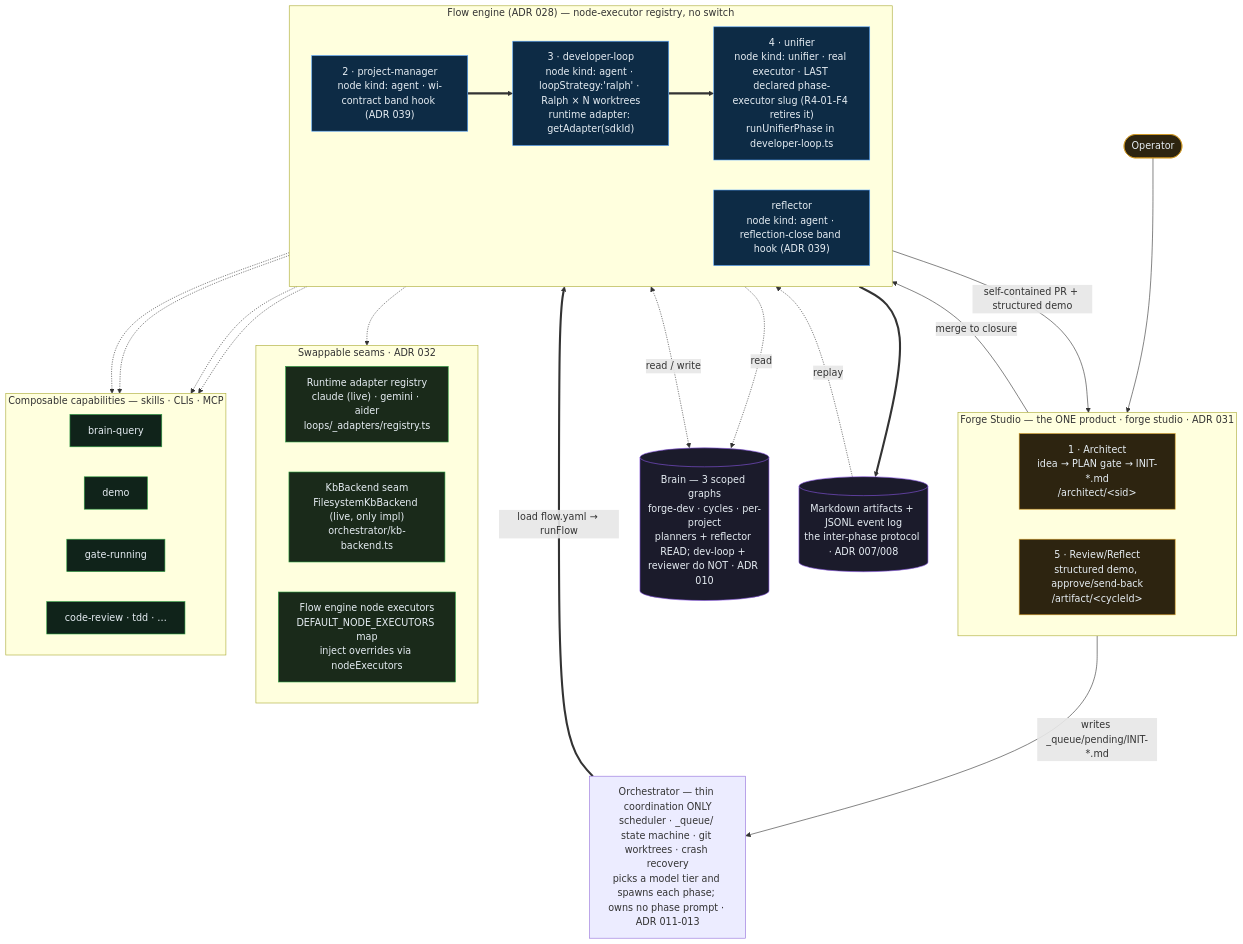
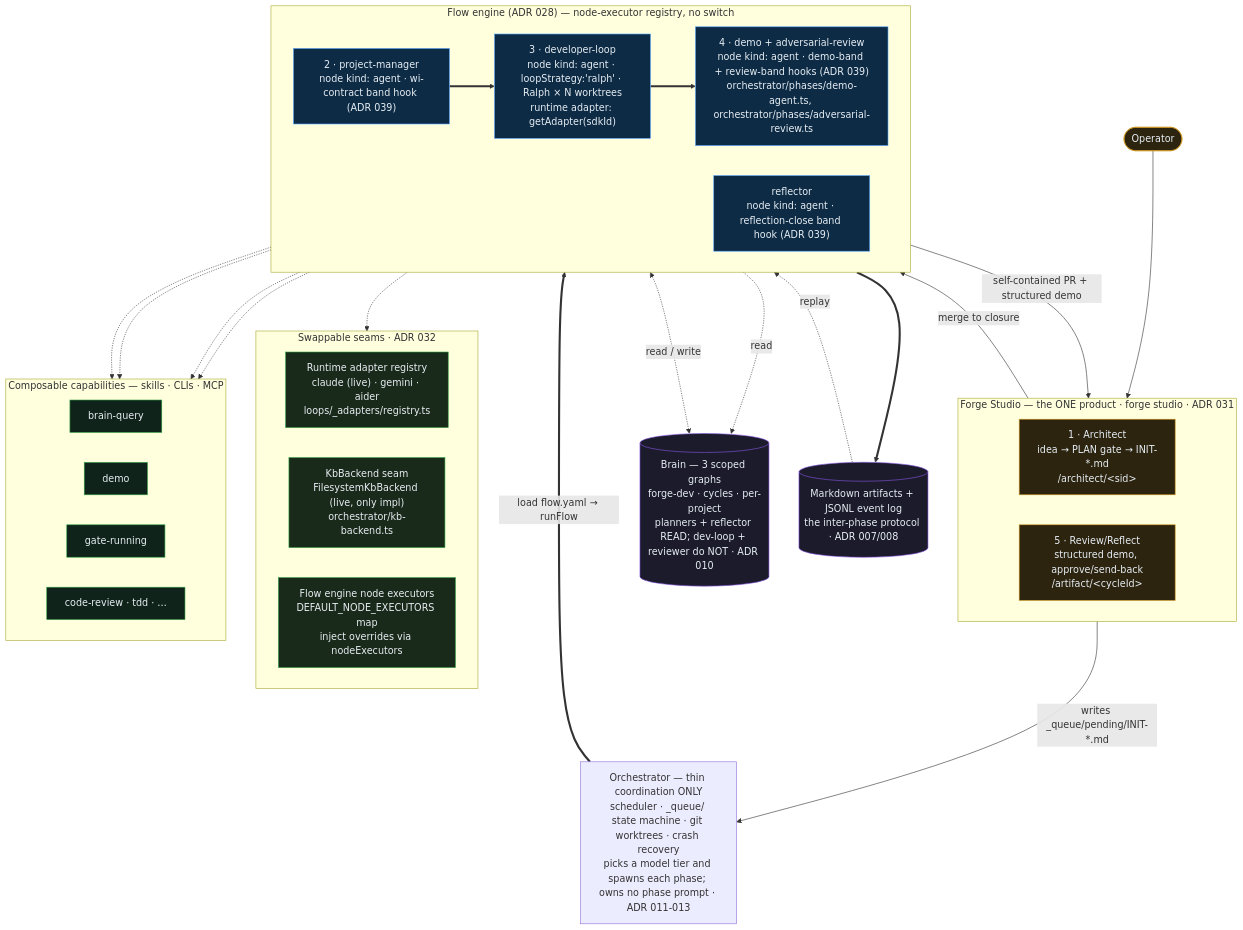
One commit to parsoFish/forge-studio changed the diagram in ARCHITECTURE.md. Above: the diagram before and after it, drawn with Mermaid. The commit also changed other lines of this file and 9 other files, not shown here.

````diff
--- a/ARCHITECTURE.md
+++ b/ARCHITECTURE.md
@@ -54,65 +53,65 @@
 ```mermaid
 flowchart TB
     OP(["Operator"])
 
     subgraph STUDIO["Forge Studio — the ONE product · forge studio · ADR 031"]
         direction LR
         AR["1 · Architect<br/>idea → PLAN gate → INIT-*.md<br/>/architect/&lt;sid&gt;"]
         RV["5 · Review/Reflect<br/>structured demo, approve/send-back<br/>/artifact/&lt;cycleId&gt;"]
     end
 
     ORCH["Orchestrator — thin coordination ONLY<br/>scheduler · _queue/ state machine · git worktrees · crash recovery<br/>picks a model tier and spawns each phase; owns no phase prompt · ADR 011-013"]
 
     subgraph ENGINE["Flow engine (ADR 028) — node-executor registry, no switch"]
         direction LR
         PM["2 · project-manager<br/>node kind: agent · wi-contract band hook (ADR 039)"]
         DV["3 · developer-loop<br/>node kind: agent · loopStrategy:'ralph' · Ralph × N worktrees<br/>runtime adapter: getAdapter(sdkId)"]
-        UN["4 · unifier<br/>node kind: unifier · real executor · LAST declared phase-executor slug (R4-01-F4 retires it)<br/>runUnifierPhase in developer-loop.ts"]
+        UN["4 · demo + adversarial-review<br/>node kind: agent · demo-band + review-band hooks (ADR 039)<br/>orchestrator/phases/demo-agent.ts, orchestrator/phases/adversarial-review.ts"]
         RFL["reflector<br/>node kind: agent · reflection-close band hook (ADR 039)"]
     end
 
     subgraph SEAMS["Swappable seams · ADR 032"]
         direction LR
         RA["Runtime adapter registry<br/>claude (live) · gemini · aider<br/>loops/_adapters/registry.ts"]
         KB["KbBackend seam<br/>FilesystemKbBackend (live, only impl)<br/>orchestrator/kb-backend.ts"]
         FE["Flow engine node executors<br/>DEFAULT_NODE_EXECUTORS map<br/>inject overrides via nodeExecutors"]
     end
 
     subgraph CAP["Composable capabilities — skills · CLIs · MCP"]
         direction LR
         C1["brain-query"]
         C2["demo"]
         C3["gate-running"]
         C4["code-review · tdd · …"]
     end
 
     BRAIN[("Brain — 3 scoped graphs<br/>forge-dev · cycles · per-project<br/>planners + reflector READ; dev-loop + reviewer do NOT · ADR 010")]
     LOG[("Markdown artifacts + JSONL event log<br/>the inter-phase protocol · ADR 007/008")]
 
     OP --> STUDIO
     AR -->|"writes _queue/pending/INIT-*.md"| ORCH
     ORCH ==>|"load flow.yaml → runFlow"| PM
     PM ==> DV ==> UN
     UN -->|"self-contained PR + structured demo"| RV
     RV -->|"merge to closure"| RFL
     ENGINE -.-> SEAMS
     PM -.-> CAP
     DV -.-> CAP
     UN -.-> CAP
     RFL -.-> CAP
     PM -.->|read| BRAIN
     RFL <-.->|read / write| BRAIN
     ENGINE ==> LOG
     LOG -.->|replay| RFL
 
     classDef agent fill:#0d2b45,stroke:#58a6ff,color:#e6edf3;
     classDef seam fill:#1a2a1a,stroke:#2ea043,color:#e6edf3;
     classDef cap fill:#10231a,stroke:#2ea043,color:#e6edf3;
     classDef store fill:#1b1b2b,stroke:#8957e5,color:#e6edf3;
     classDef human fill:#2d2410,stroke:#d29922,color:#e6edf3;
     class PM,DV,UN,RFL agent;
     class RA,KB,FE seam;
     class C1,C2,C3,C4 cap;
     class BRAIN,LOG store;
     class OP,AR,RV human;
 ```
````
